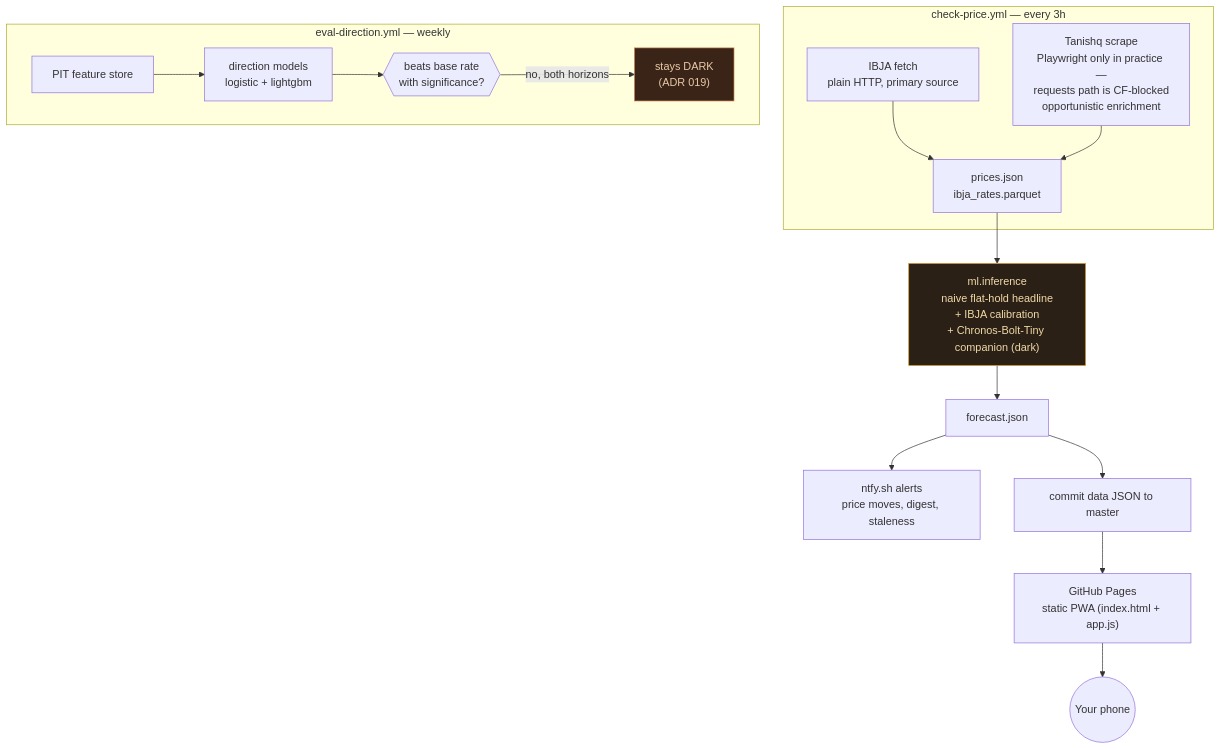
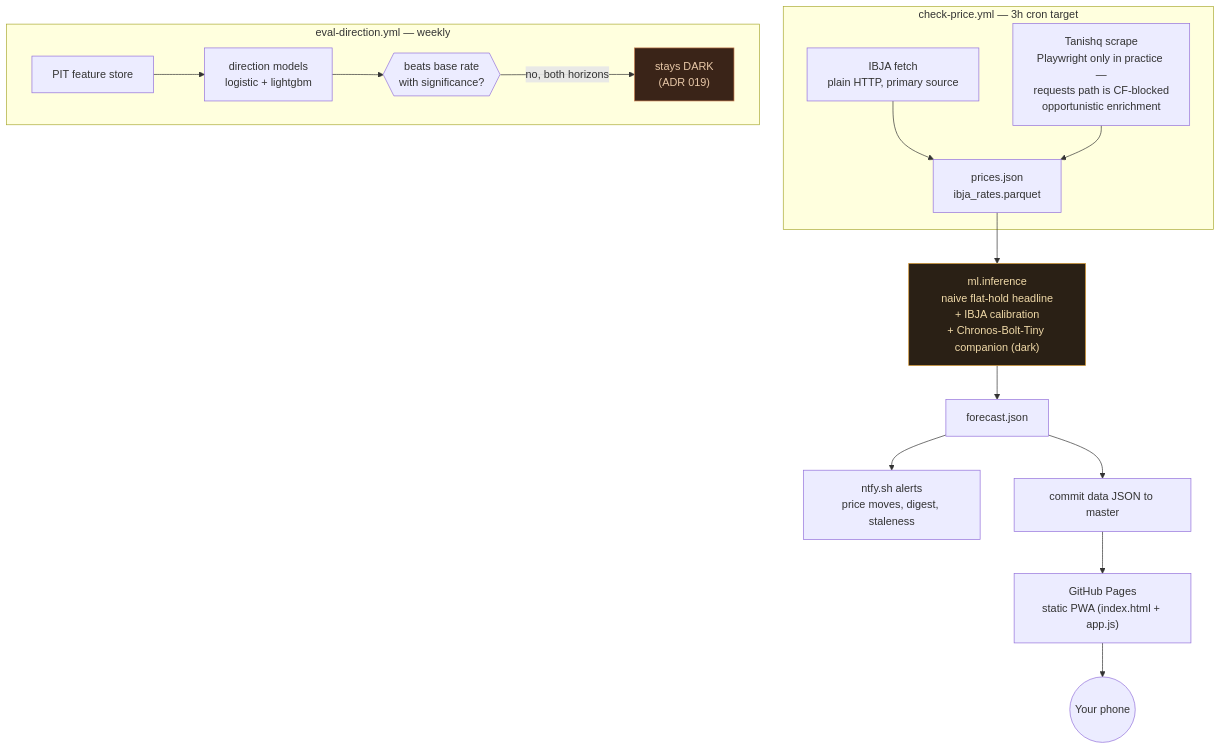
One commit to gaurav-gandhi-2411/gold-rate-tracker changed the diagram in README.md. Above: the diagram before and after it, drawn with Mermaid. The commit also changed other lines of this file and 6 other files, not shown here.

````diff
--- a/README.md
+++ b/README.md
@@ -27,24 +27,24 @@
 ```mermaid
 flowchart TD
-    subgraph cron["check-price.yml — every 3h"]
+    subgraph cron["check-price.yml — 3h cron target"]
         A["IBJA fetch<br/>plain HTTP, primary source"] --> C
         B["Tanishq scrape<br/>Playwright only in practice —<br/>requests path is CF-blocked<br/>opportunistic enrichment"] --> C
         C["prices.json<br/>ibja_rates.parquet"]
     end
 
     C --> D["ml.inference<br/>naive flat-hold headline<br/>+ IBJA calibration<br/>+ Chronos-Bolt-Tiny companion (dark)"]
     D --> E["forecast.json"]
     E --> F["ntfy.sh alerts<br/>price moves, digest, staleness"]
     E --> G["commit data JSON to master"]
     G --> H["GitHub Pages<br/>static PWA (index.html + app.js)"]
     H --> I(("Your phone"))
 
     subgraph weekly["eval-direction.yml — weekly"]
         J["PIT feature store"] --> K["direction models<br/>logistic + lightgbm"]
         K --> L{{"beats base rate<br/>with significance?"}}
         L -->|"no, both horizons"| M["stays DARK<br/>(ADR 019)"]
     end
 
     style M fill:#3a2418,stroke:#c67a4b,color:#e8c8a8
     style D fill:#2a2015,stroke:#d4932a,color:#f0d9a8
 ```
````
